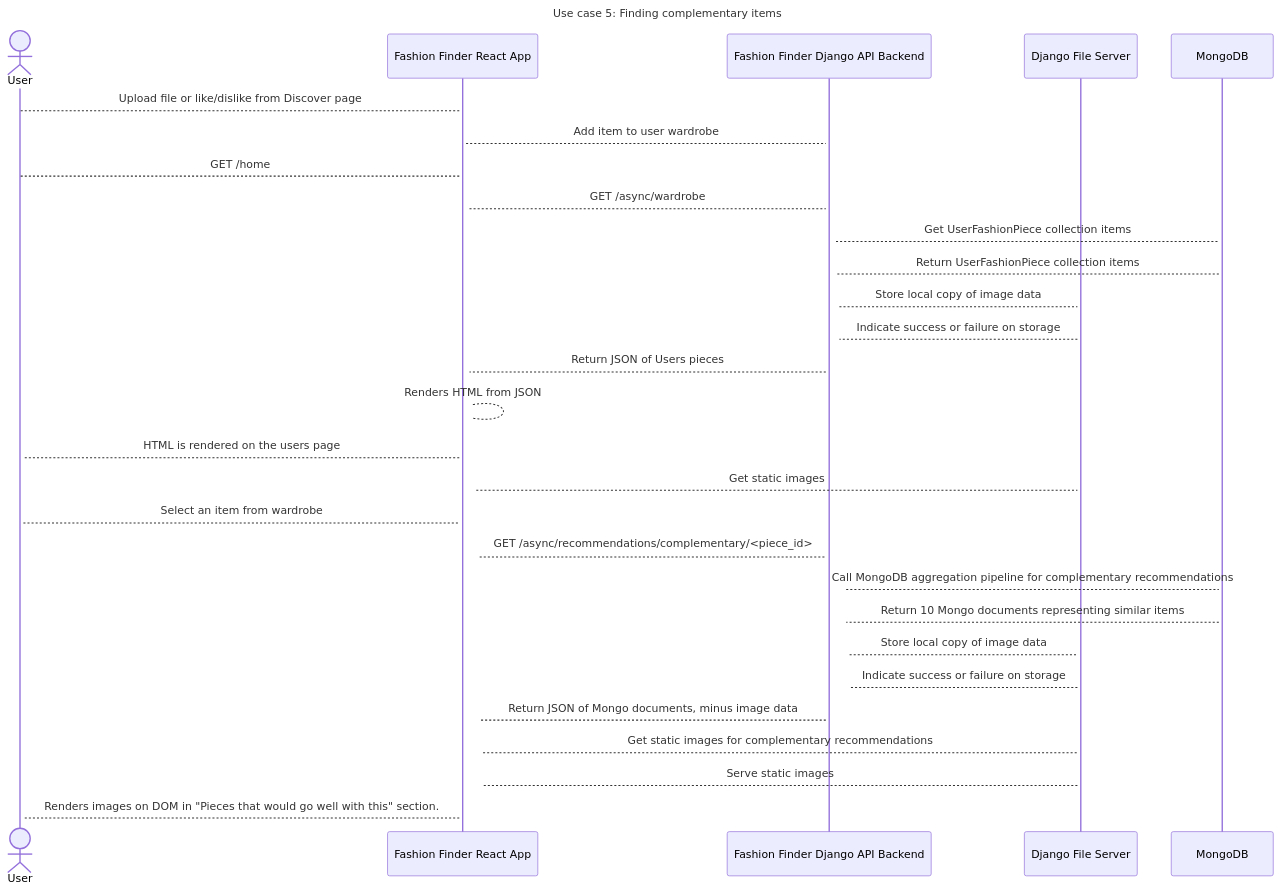
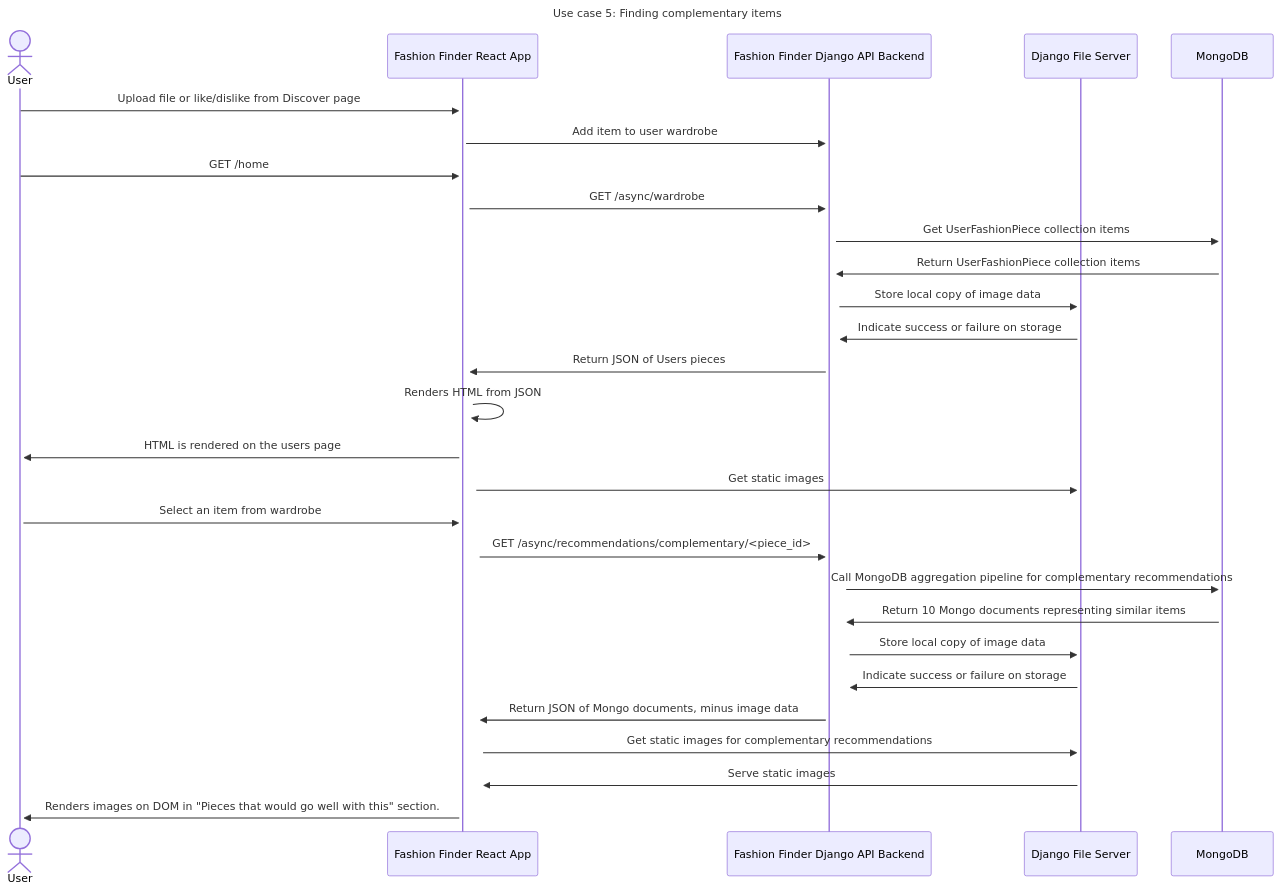
Before and after one commit to Capstone-Projects-2022-Fall/project-fashion-finder: the fifth of 6 diagrams in documentation/docs/requirements/use-case-descriptions.md, drawn with Mermaid. The commit also changed other lines of this file, not shown here.

````diff
--- a/documentation/docs/requirements/use-case-descriptions.md
+++ b/documentation/docs/requirements/use-case-descriptions.md
@@ -151,35 +151,35 @@
 ```mermaid
 sequenceDiagram
     title Use case 5: Finding complementary items
     actor U as User
     participant F as Fashion Finder React App
     %% participant DM as Fashion Finder Django ML Backend
     %% participant DMC as Fashion Finder Django Color Backend
     participant DC as Fashion Finder Django API Backend
     participant DFS as Django File Server
     participant DB as MongoDB
 
-    U-->+F: Upload file or like/dislike from Discover page
-    F-->+DC: Add item to user wardrobe
-    U-->+F: GET /home
-    F-->+DC: GET /async/wardrobe
-    DC-->+DB: Get UserFashionPiece collection items
-    DB-->+DC: Return UserFashionPiece collection items
-    DC-->+DFS: Store local copy of image data
-    DFS-->+DC: Indicate success or failure on storage 
-    DC-->+F: Return JSON of Users pieces
-    F-->+F: Renders HTML from JSON
-    F-->+U: HTML is rendered on the users page
-    F-->+DFS: Get static images
-    U-->+F: Select an item from wardrobe
-    F-->+DC: GET /async/recommendations/complementary/<piece_id>
-    DC-->+DB: Call MongoDB aggregation pipeline for complementary recommendations
-    DB-->+DC: Return 10 Mongo documents representing similar items
-    DC-->+DFS: Store local copy of image data
-    DFS-->+ DC: Indicate success or failure on storage
-    DC-->+F: Return JSON of Mongo documents, minus image data
-    F-->+DFS: Get static images for complementary recommendations
-    DFS-->+F: Serve static images
-    F-->+U: Renders images on DOM in "Pieces that would go well with this" section.
+    U->>+F:  Upload file or like/dislike from Discover page
+    F->>+DC: Add item to user wardrobe
+    U->>+F: GET /home
+    F->>+DC: GET /async/wardrobe
+    DC->>+DB: Get UserFashionPiece collection items
+    DB->>+DC: Return UserFashionPiece collection items
+    DC->>+DFS: Store local copy of image data
+    DFS->>+DC: Indicate success or failure on storage 
+    DC->>+F: Return JSON of Users pieces
+    F->>+F: Renders HTML from JSON
+    F->>+U: HTML is rendered on the users page
+    F->>+DFS: Get static images
+    U->>+F: Select an item from wardrobe
+    F->>+DC: GET /async/recommendations/complementary/<piece_id>
+    DC->>+DB: Call MongoDB aggregation pipeline for complementary recommendations
+    DB->>+DC: Return 10 Mongo documents representing similar items
+    DC->>+DFS: Store local copy of image data
+    DFS->>+ DC: Indicate success or failure on storage
+    DC->>+F: Return JSON of Mongo documents, minus image data
+    F->>+DFS: Get static images for complementary recommendations
+    DFS->>+F: Serve static images
+    F->>+U: Renders images on DOM in "Pieces that would go well with this" section.
 
 ```
````
